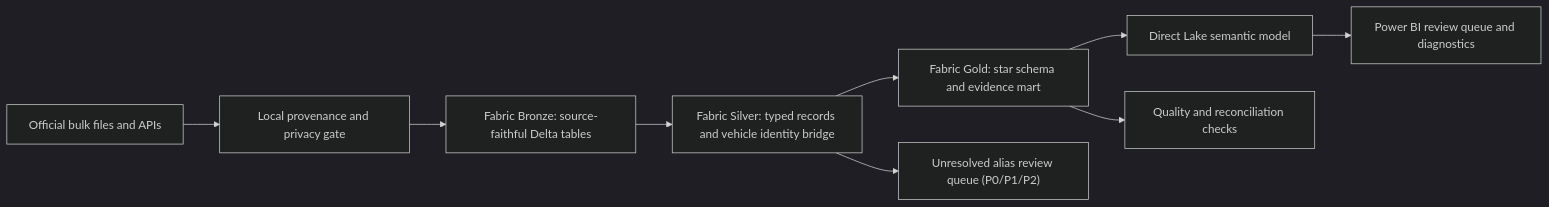
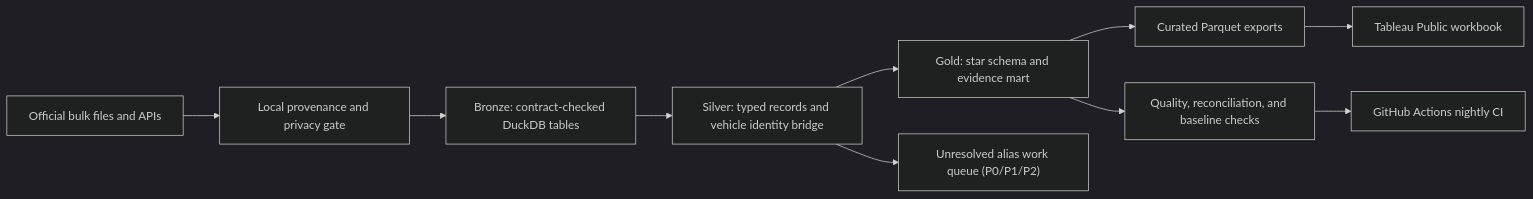
Before and after one commit to Harivinayak20/auto-evidence-360: the diagram in README.md, drawn with Mermaid (dark theme). The commit also changed other lines of this file and 26 other files, not shown here.

Commit message:
Run the lakehouse pipeline locally: DuckDB medallion, curated Tableau exports, nightly CI

````diff
--- a/README.md
+++ b/README.md
@@ -62,11 +63,12 @@
 ```mermaid
 flowchart LR
     A["Official bulk files and APIs"] --> B["Local provenance and privacy gate"]
-    B --> C["Fabric Bronze: source-faithful Delta tables"]
-    C --> D["Fabric Silver: typed records and vehicle identity bridge"]
-    D --> E["Fabric Gold: star schema and evidence mart"]
-    E --> F["Direct Lake semantic model"]
-    F --> G["Power BI review queue and diagnostics"]
-    D --> H["Unresolved alias review queue (P0/P1/P2)"]
-    E --> I["Quality and reconciliation checks"]
+    B --> C["Bronze: contract-checked DuckDB tables"]
+    C --> D["Silver: typed records and vehicle identity bridge"]
+    D --> E["Gold: star schema and evidence mart"]
+    E --> F["Curated Parquet exports"]
+    F --> G["Tableau Public workbook"]
+    D --> H["Unresolved alias work queue (P0/P1/P2)"]
+    E --> I["Quality, reconciliation, and baseline checks"]
+    I --> J["GitHub Actions nightly CI"]
 ```
````
